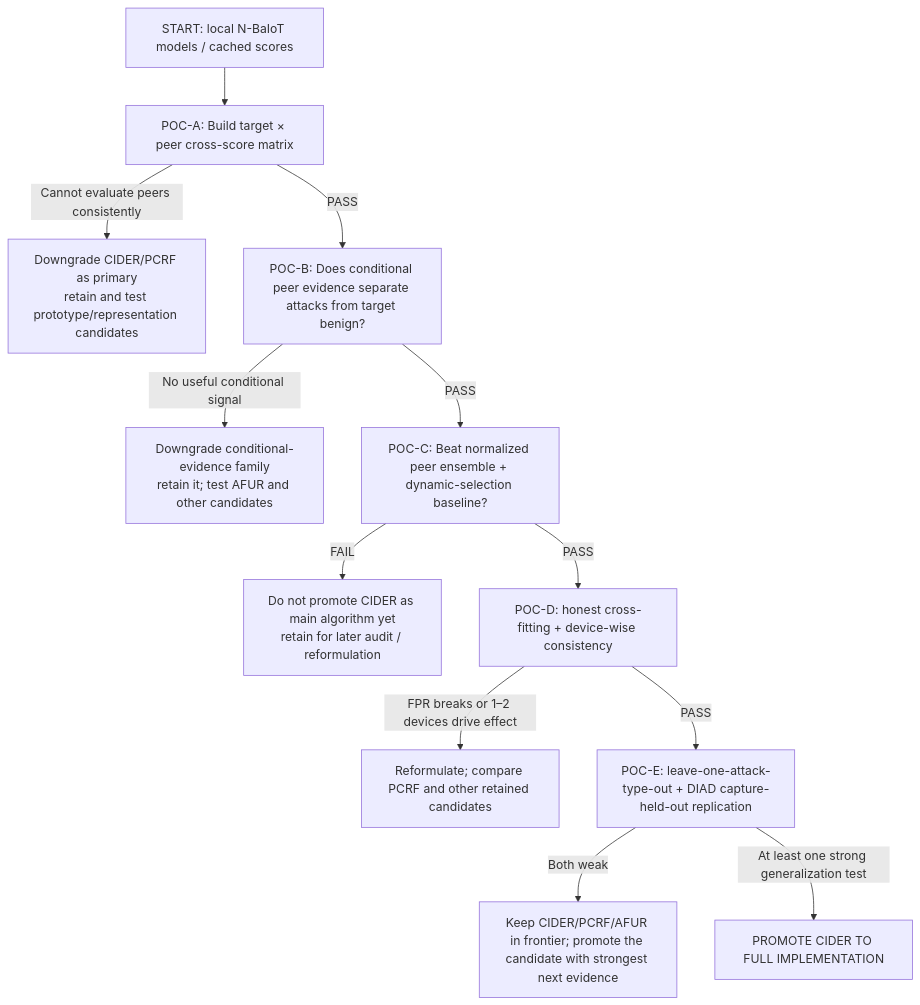
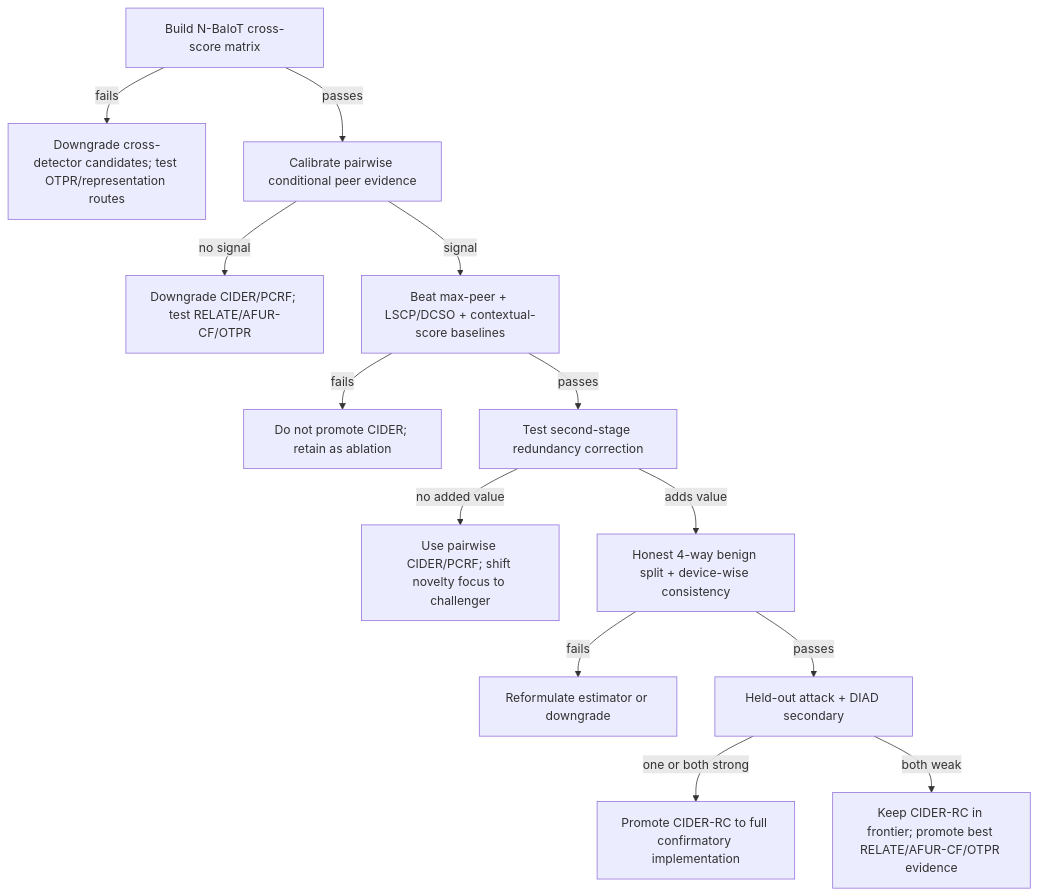
Before and after one commit to naslouby-salahe/FedCampaign-EMHI: the first of 2 diagrams in docs/Candidates.md, drawn with Mermaid. The commit also changed other lines of this file and 7 other files, not shown here.

````diff
--- a/docs/Candidates.md
+++ b/docs/Candidates.md
@@ -568,14 +1334,15 @@
 ```mermaid
 flowchart TD
-    S["START: local N-BaIoT models / cached scores"] --> A["POC-A: Build target × peer cross-score matrix"]
-    A -->|Cannot evaluate peers consistently| A0["Downgrade CIDER/PCRF as primary<br/>retain and test prototype/representation candidates"]
-    A -->|PASS| B["POC-B: Does conditional peer evidence separate attacks from target benign?"]
-    B -->|No useful conditional signal| B0["Downgrade conditional-evidence family<br/>retain it; test AFUR and other candidates"]
-    B -->|PASS| C["POC-C: Beat normalized peer ensemble + dynamic-selection baseline?"]
-    C -->|FAIL| C0["Do not promote CIDER as main algorithm yet<br/>retain for later audit / reformulation"]
-    C -->|PASS| D["POC-D: honest cross-fitting + device-wise consistency"]
-    D -->|FPR breaks or 1–2 devices drive effect| D0["Reformulate; compare PCRF and other retained candidates"]
-    D -->|PASS| E["POC-E: leave-one-attack-type-out + DIAD capture-held-out replication"]
-    E -->|Both weak| F["Keep CIDER/PCRF/AFUR in frontier; promote the candidate with strongest next evidence"]
-    E -->|At least one strong generalization test| G["PROMOTE CIDER TO FULL IMPLEMENTATION"]
+    A[Build N-BaIoT cross-score matrix] -->|fails| A0[Downgrade cross-detector candidates; test OTPR/representation routes]
+    A -->|passes| B[Calibrate pairwise conditional peer evidence]
+    B -->|no signal| B0[Downgrade CIDER/PCRF; test RELATE/AFUR-CF/OTPR]
+    B -->|signal| C[Beat max-peer + LSCP/DCSO + contextual-score baselines]
+    C -->|fails| C0[Do not promote CIDER; retain as ablation]
+    C -->|passes| D[Test second-stage redundancy correction]
+    D -->|no added value| D0[Use pairwise CIDER/PCRF; shift novelty focus to challenger]
+    D -->|adds value| E[Honest 4-way benign split + device-wise consistency]
+    E -->|fails| E0[Reformulate estimator or downgrade]
+    E -->|passes| F[Held-out attack + DIAD secondary]
+    F -->|one or both strong| G[Promote CIDER-RC to full confirmatory implementation]
+    F -->|both weak| H[Keep CIDER-RC in frontier; promote best RELATE/AFUR-CF/OTPR evidence]
 ```
````
